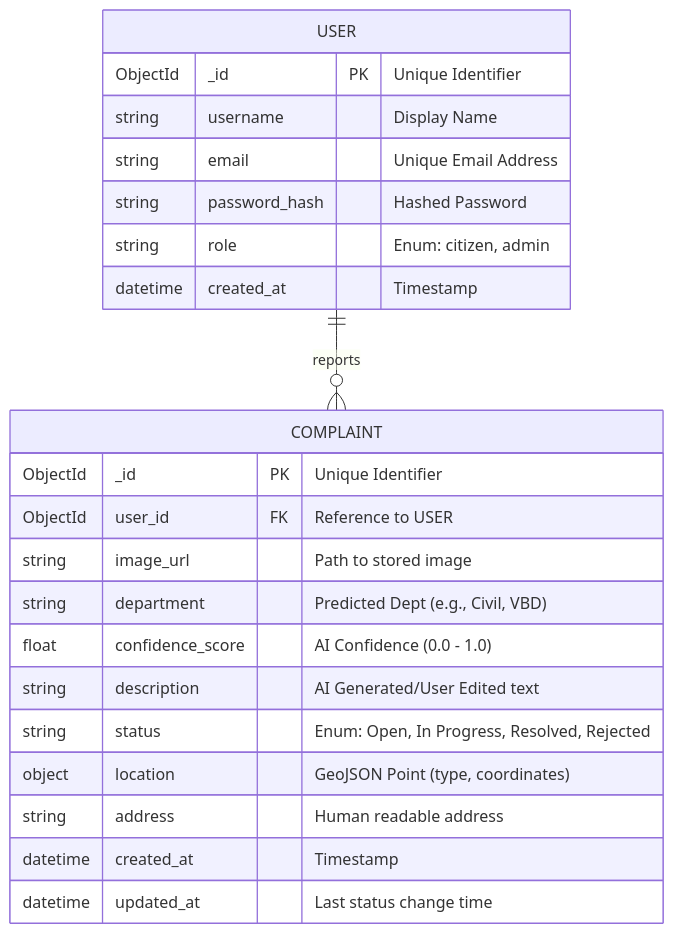
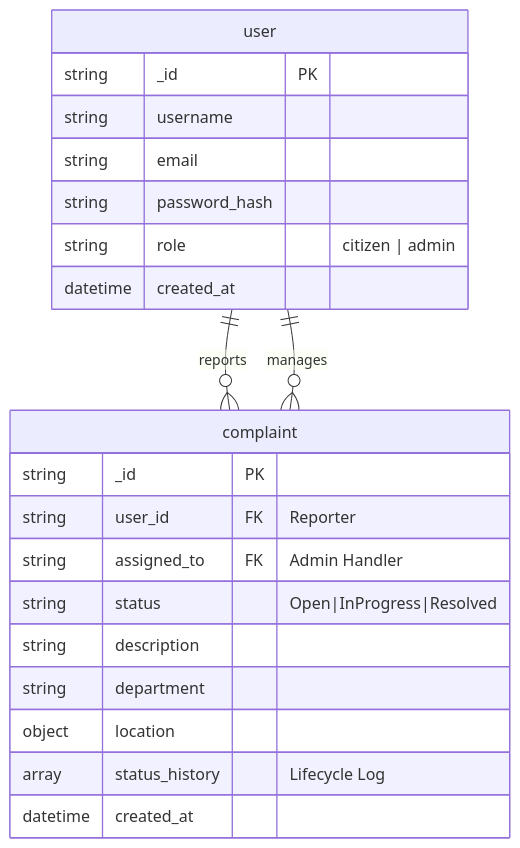
One commit to ark5234/Jan-Sunwai-AI changed the diagram in docs/SCHEMA_DESIGN.md. Above: the diagram before and after it, drawn with Mermaid. The commit also changed other lines of this file and 3 other files, not shown here.

Commit message:
refactor: Update Complaint schema for Admin assignment and status tracking

````diff
--- a/docs/SCHEMA_DESIGN.md
+++ b/docs/SCHEMA_DESIGN.md
@@ -7,27 +7,24 @@
 ```mermaid
 erDiagram
-    USER {
-        ObjectId _id PK "Unique Identifier"
-        string username "Display Name"
-        string email "Unique Email Address"
-        string password_hash "Hashed Password"
-        string role "Enum: citizen, admin"
-        datetime created_at "Timestamp"
+    user ||--o{ complaint : reports
+    user {
+        string _id PK
+        string username
+        string email
+        string password_hash
+        string role "citizen | admin"
+        datetime created_at
     }
-
-    COMPLAINT {
-        ObjectId _id PK "Unique Identifier"
-        ObjectId user_id FK "Reference to USER"
-        string image_url "Path to stored image"
-        string department "Predicted Dept (e.g., Civil, VBD)"
-        float confidence_score "AI Confidence (0.0 - 1.0)"
-        string description "AI Generated/User Edited text"
-        string status "Enum: Open, In Progress, Resolved, Rejected"
-        object location "GeoJSON Point (type, coordinates)"
-        string address "Human readable address"
-        datetime created_at "Timestamp"
-        datetime updated_at "Last status change time"
+    complaint {
+        string _id PK
+        string user_id FK "Reporter"
+        string assigned_to FK "Admin Handler"
+        string status "Open|InProgress|Resolved"
+        string description
+        string department
+        object location
+        array status_history "Lifecycle Log"
+        datetime created_at
     }
-
-    USER ||--o{ COMPLAINT : reports
+    user ||--o{ complaint : manages
 ```
````
